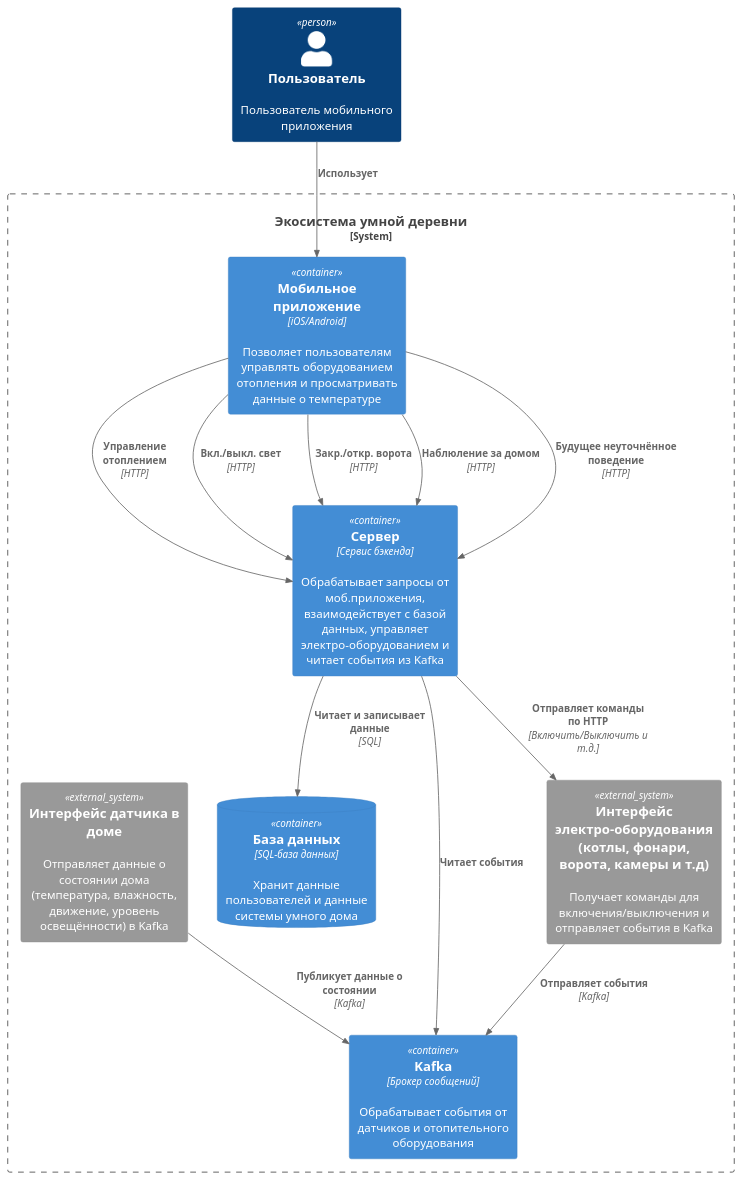
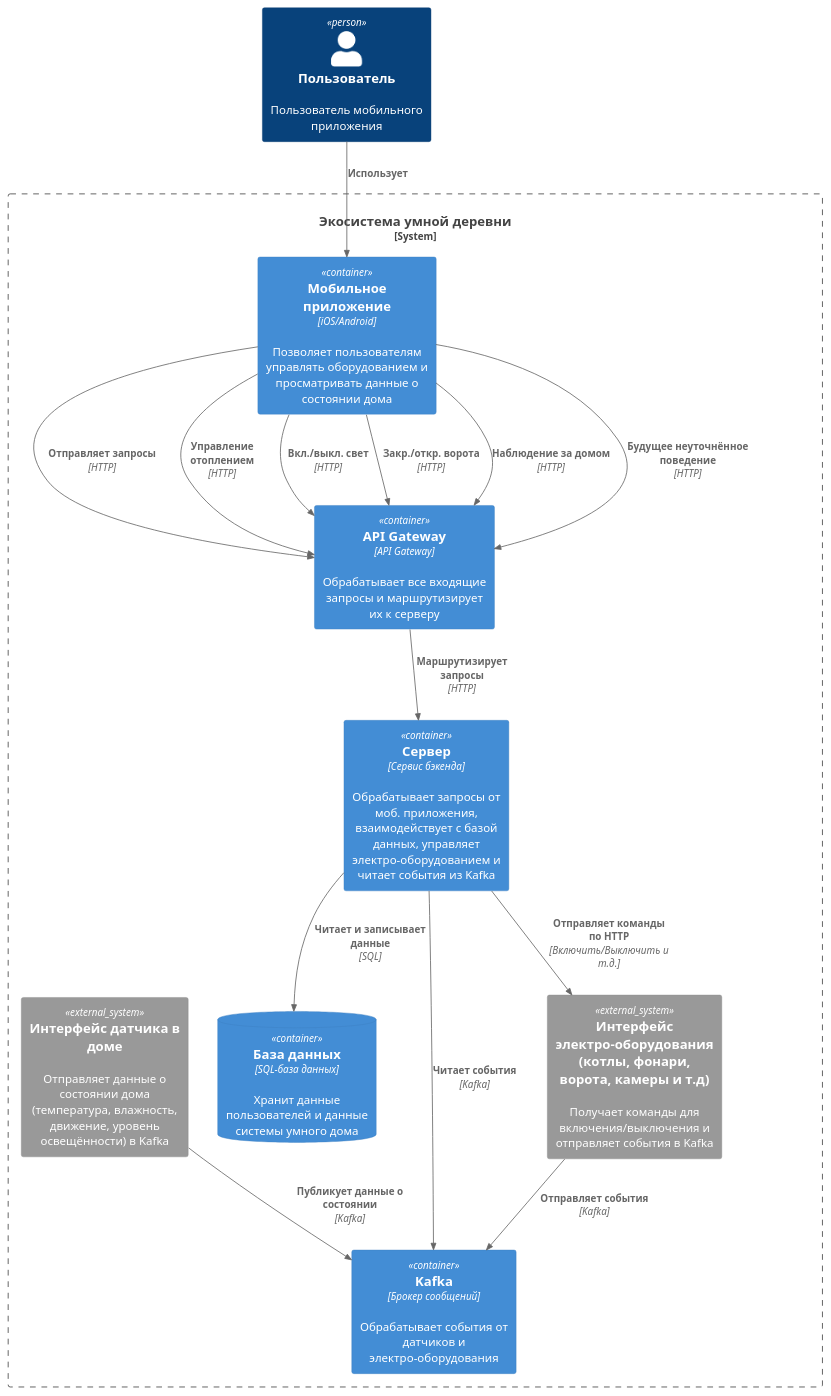
Before and after one commit to fireflysmk/architecture-sprint-3: the diagram in smart-home-monolith/diagrams/container/Container_Heating_System.puml, drawn with PlantUML.

Commit message:
container diagram edited

```diff
--- a/smart-home-monolith/diagrams/container/Container_Heating_System.puml
+++ b/smart-home-monolith/diagrams/container/Container_Heating_System.puml
@@ -1,29 +1,32 @@
 @startuml
 !include https://raw.githubusercontent.com/plantuml-stdlib/C4-PlantUML/master/C4_Container.puml
 
 Person(user, "Пользователь", "Пользователь мобильного приложения")
 
 System_Boundary(system_boundary, "Экосистема умной деревни") {
 
-    Container(mobileApp, "Мобильное приложение", "iOS/Android", "Позволяет пользователям управлять оборудованием отопления и просматривать данные о температуре")
-    Container(server, "Сервер", "Сервис бэкенда", "Обрабатывает запросы от моб.приложения, взаимодействует с базой данных, управляет электро-оборудованием и читает события из Kafka")
+    Container(mobileApp, "Мобильное приложение", "iOS/Android", "Позволяет пользователям управлять оборудованием и просматривать данные о состоянии дома")
+    Container(apiGateway, "API Gateway", "API Gateway", "Обрабатывает все входящие запросы и маршрутизирует их к серверу")
+    Container(server, "Сервер", "Сервис бэкенда", "Обрабатывает запросы от моб. приложения, взаимодействует с базой данных, управляет электро-оборудованием и читает события из Kafka")
     ContainerDb(database, "База данных", "SQL-база данных", "Хранит данные пользователей и данные системы умного дома")
-    Container(messageQueue, "Kafka", "Брокер сообщений", "Обрабатывает события от датчиков и отопительного оборудования")
+    Container(messageQueue, "Kafka", "Брокер сообщений", "Обрабатывает события от датчиков и электро-оборудования")
 
     System_Ext(heatingEquipment, "Интерфейс электро-оборудования (котлы, фонари, ворота, камеры и т.д)", "Получает команды для включения/выключения и отправляет события в Kafka")
     System_Ext(temperatureSensor, "Интерфейс датчика в доме", "Отправляет данные о состоянии дома (температура, влажность, движение, уровень освещённости) в Kafka")
 }
 
 Rel(user, mobileApp, "Использует")
-Rel(mobileApp, server, "Управление отоплением", "HTTP")
+Rel(mobileApp, apiGateway, "Отправляет запросы", "HTTP")
+Rel(apiGateway, server, "Маршрутизирует запросы", "HTTP")
 Rel(server, database, "Читает и записывает данные", "SQL")
 Rel(server, heatingEquipment, "Отправляет команды по HTTP", "Включить/Выключить и т.д.")
 Rel(heatingEquipment, messageQueue, "Отправляет события", "Kafka")
 Rel(temperatureSensor, messageQueue, "Публикует данные о состоянии", "Kafka")
-Rel(server, messageQueue, "Читает события")
-Rel(mobileApp, server, "Вкл./выкл. свет", "HTTP")
-Rel(mobileApp, server, "Закр./откр. ворота", "HTTP")
-Rel(mobileApp, server, "Наблюление за домом", "HTTP")
-Rel(mobileApp, server, "Будущее неуточнённое поведение", "HTTP")
+Rel(server, messageQueue, "Читает события", "Kafka")
+Rel(mobileApp, apiGateway, "Управление отоплением", "HTTP")
+Rel(mobileApp, apiGateway, "Вкл./выкл. свет", "HTTP")
+Rel(mobileApp, apiGateway, "Закр./откр. ворота", "HTTP")
+Rel(mobileApp, apiGateway, "Наблюдение за домом", "HTTP")
+Rel(mobileApp, apiGateway, "Будущее неуточнённое поведение", "HTTP")
 
 @enduml
```
